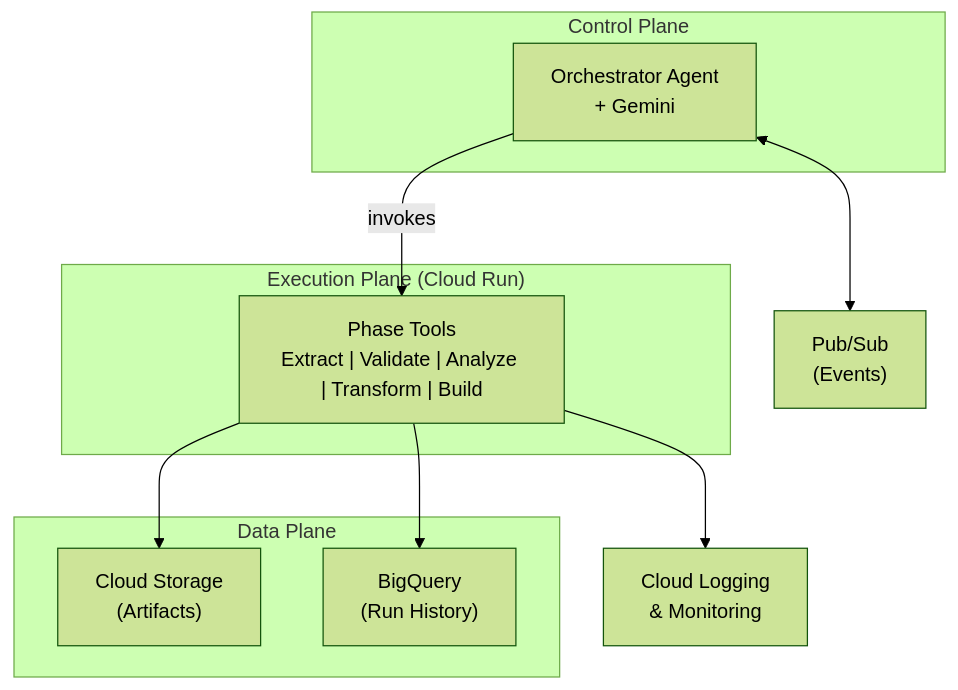
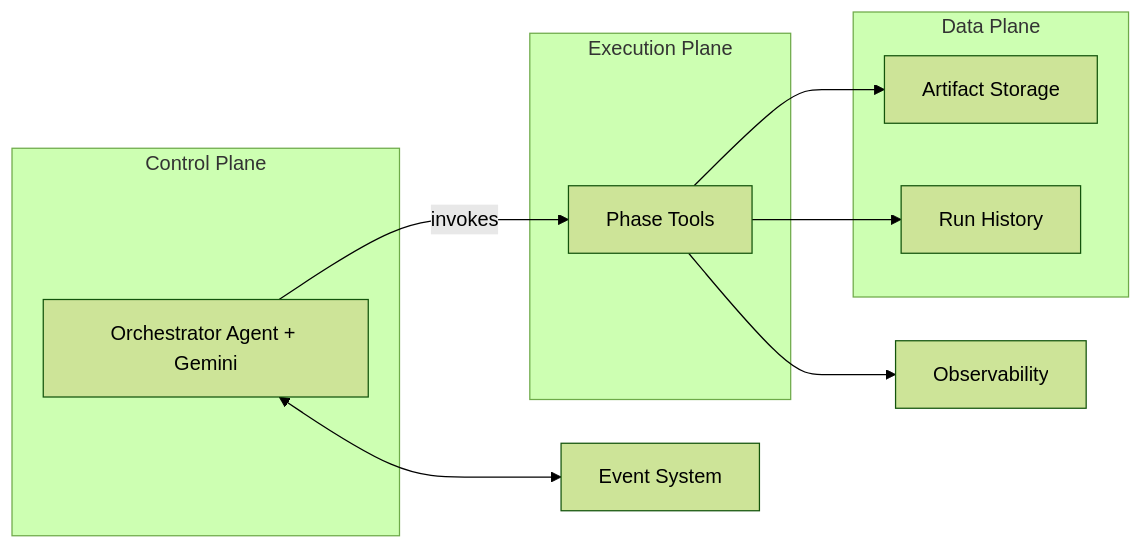
One commit to acrajesh/agentic-pipeline-orchestrator changed the first of 3 diagrams in WHITEPAPER_Agentic_Orchestrator.md. Above: the diagram before and after it, drawn with Mermaid (forest theme). The commit also changed other lines of this file and 2 other files, not shown here.

````diff
--- a/WHITEPAPER_Agentic_Orchestrator.md
+++ b/WHITEPAPER_Agentic_Orchestrator.md
@@ -208,24 +75,21 @@
 ```mermaid
-graph TB
-    subgraph Control["Control Plane"]
-        Agent["Orchestrator Agent<br/>+ Gemini"]
+flowchart LR
+    subgraph CP[Control Plane]
+        Agent[Orchestrator Agent + Gemini]
     end
-
-    subgraph Execution["Execution Plane (Cloud Run)"]
-        Tools["Phase Tools<br/>Extract | Validate | Analyze | Transform | Build"]
+    subgraph EP[Execution Plane]
+        Tools[Phase Tools]
     end
-
-    subgraph Data["Data Plane"]
-        GCS["Cloud Storage<br/>(Artifacts)"]
-        BQ["BigQuery<br/>(Run History)"]
+    subgraph DP[Data Plane]
+        Storage[Artifact Storage]
+        History[Run History]
     end
-
-    PubSub["Pub/Sub<br/>(Events)"]
-    Logging["Cloud Logging<br/>& Monitoring"]
+    Events[Event System]
+    Obs[Observability]
 
     Agent -->|invokes| Tools
-    Tools --> GCS
-    Tools --> BQ
-    Agent <--> PubSub
-    Tools --> Logging
+    Tools --> Storage
+    Tools --> History
+    Agent <--> Events
+    Tools --> Obs
 ```
````
